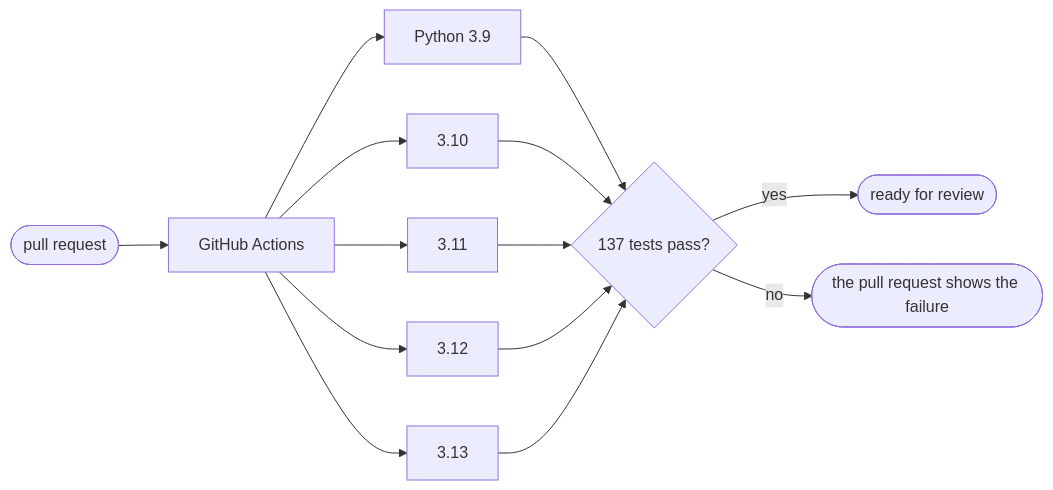
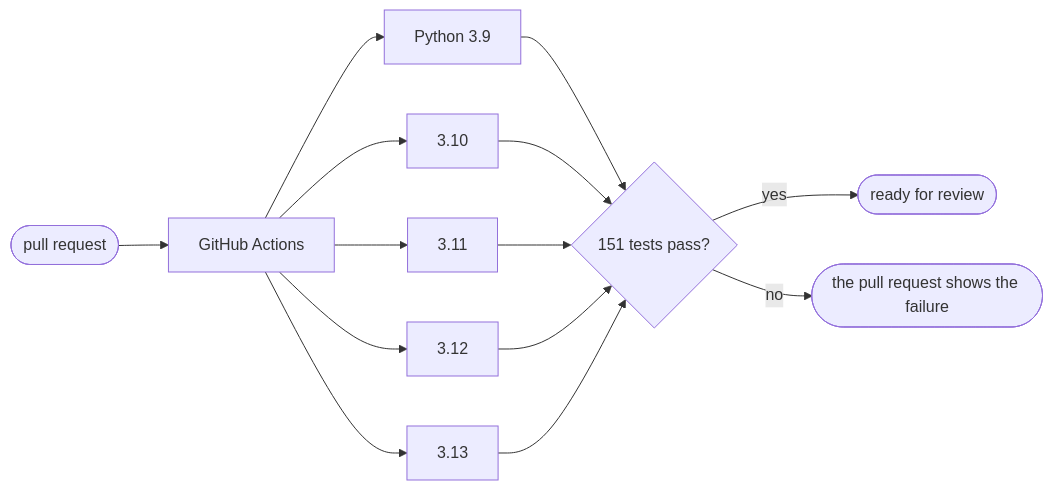
The first of 2 diagrams in higgsfield-director/tests/README.md (rniedson/higgsfield-director-pro-skill), drawn with Mermaid before and after one commit. The commit also changed other lines of this file and 11 other files, not shown here.

````diff
--- a/higgsfield-director/tests/README.md
+++ b/higgsfield-director/tests/README.md
@@ -10,8 +10,8 @@
 ```mermaid
 flowchart LR
     PR([pull request]) --> CI[GitHub Actions]
     CI --> P39[Python 3.9] & P310[3.10] & P311[3.11] & P312[3.12] & P313[3.13]
-    P39 & P310 & P311 & P312 & P313 --> OK{137 tests pass?}
+    P39 & P310 & P311 & P312 & P313 --> OK{151 tests pass?}
     OK -- yes --> M([ready for review])
     OK -- no --> F([the pull request shows the failure])
 ```
````
